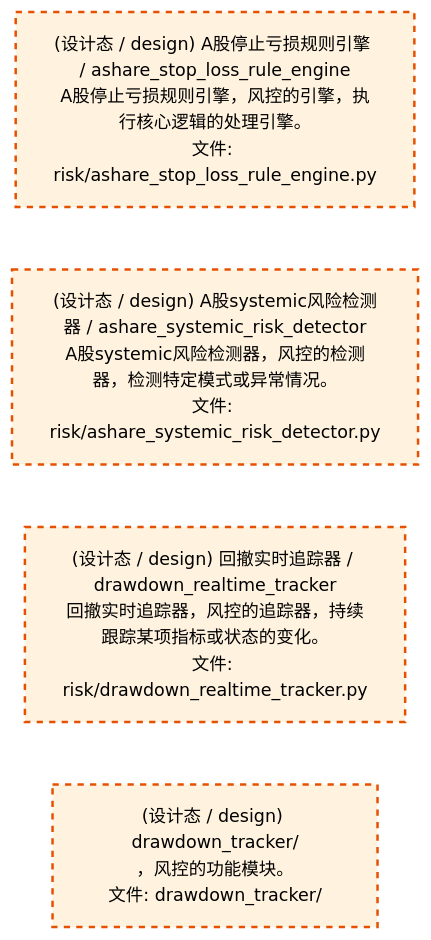
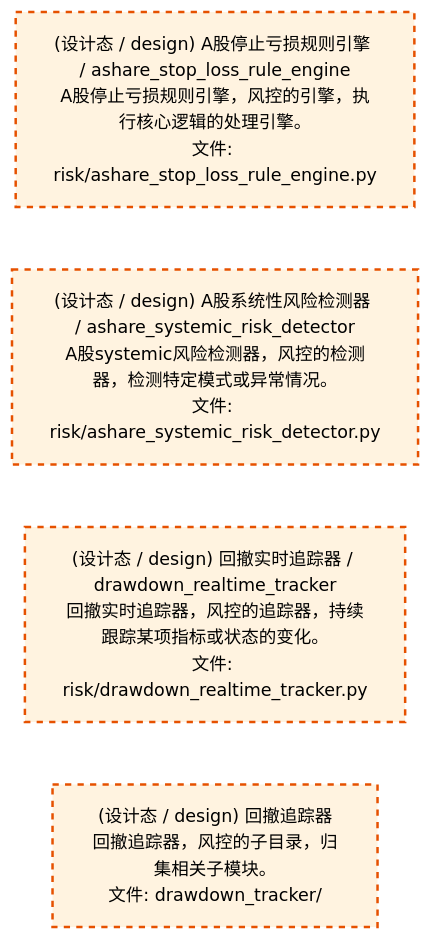
One commit to xuanFelixVan/ZephyrAlpha changed the third of 4 diagrams in docs/02_enterprise_architecture/02_domain_architecture_docs/65_d_risk.md. Above: the diagram before and after it, drawn with Mermaid. The commit also changed other lines of this file and 50 other files, not shown here.

````diff
--- a/docs/02_enterprise_architecture/02_domain_architecture_docs/65_d_risk.md
+++ b/docs/02_enterprise_architecture/02_domain_architecture_docs/65_d_risk.md
@@ -181,16 +181,16 @@
 ```mermaid
 %%{init: {'theme': 'base', 'themeVariables': {'primaryColor': '#eaeaea', 'primaryTextColor': '#333333', 'primaryBorderColor': '#666666', 'lineColor': '#666666', 'secondaryColor': '#eaeaea', 'tertiaryColor': '#eaeaea', 'fontSize': '14px'}}}%%
 flowchart TD
     src_zephyr_risk_ashare_stop_loss_rule_engine_py["(设计态 / design) A股停止亏损规则引擎 / ashare_stop_loss_rule_engine<br/>A股停止亏损规则引擎，风控的引擎，执行核心逻辑的处理引擎。<br/>文件: risk/ashare_stop_loss_rule_engine.py"]
-    src_zephyr_risk_ashare_systemic_risk_detector_py["(设计态 / design) A股systemic风险检测器 / ashare_systemic_risk_detector<br/>A股systemic风险检测器，风控的检测器，检测特定模式或异常情况。<br/>文件: risk/ashare_systemic_risk_detector.py"]
+    src_zephyr_risk_ashare_systemic_risk_detector_py["(设计态 / design) A股系统性风险检测器 / ashare_systemic_risk_detector<br/>A股systemic风险检测器，风控的检测器，检测特定模式或异常情况。<br/>文件: risk/ashare_systemic_risk_detector.py"]
     src_zephyr_risk_drawdown_realtime_tracker_py["(设计态 / design) 回撤实时追踪器 / drawdown_realtime_tracker<br/>回撤实时追踪器，风控的追踪器，持续跟踪某项指标或状态的变化。<br/>文件: risk/drawdown_realtime_tracker.py"]
-    src_zephyr_risk_drawdown_tracker["(设计态 / design) drawdown_tracker/<br/>，风控的功能模块。<br/>文件: drawdown_tracker/"]
+    src_zephyr_risk_drawdown_tracker["(设计态 / design) 回撤追踪器<br/>回撤追踪器，风控的子目录，归集相关子模块。<br/>文件: drawdown_tracker/"]
     src_zephyr_risk_ashare_stop_loss_rule_engine_py ~~~ src_zephyr_risk_ashare_systemic_risk_detector_py
     src_zephyr_risk_ashare_systemic_risk_detector_py ~~~ src_zephyr_risk_drawdown_realtime_tracker_py
     src_zephyr_risk_drawdown_realtime_tracker_py ~~~ src_zephyr_risk_drawdown_tracker
     classDef production fill:#e1f5fe,stroke:#01579b,stroke-width:2px,color:#000
     classDef design fill:#fff3e0,stroke:#e65100,stroke-width:2px,color:#000,stroke-dasharray: 5 5
     classDef external_prod fill:#e8f4fd,stroke:#0277bd,stroke-width:1px,color:#000
     classDef external_design fill:#fff8e7,stroke:#ef6c00,stroke-width:1px,color:#000,stroke-dasharray: 5 5
     class src_zephyr_risk_ashare_stop_loss_rule_engine_py,src_zephyr_risk_ashare_systemic_risk_detector_py,src_zephyr_risk_drawdown_realtime_tracker_py,src_zephyr_risk_drawdown_tracker design
 ```
````
